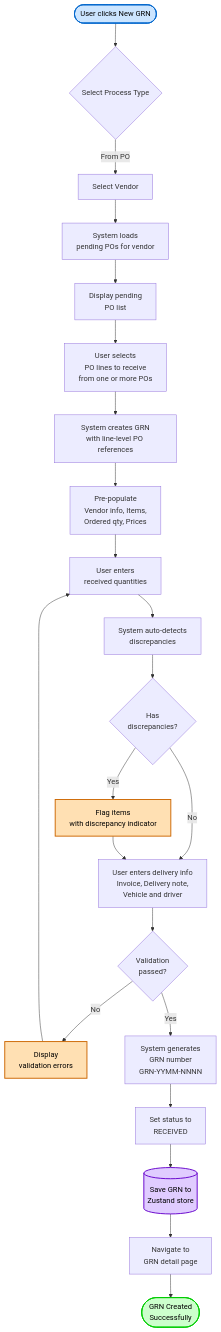
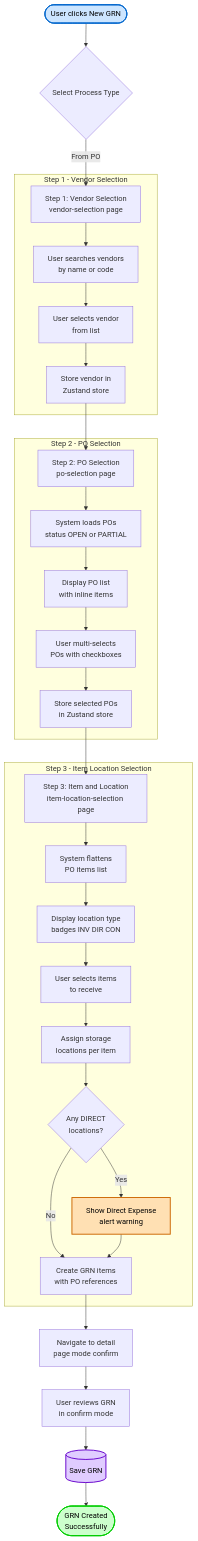
The first of 9 diagrams in docs/app/procurement/goods-received-notes/FD-goods-received-note.md (PeakMNA/carmen), drawn with Mermaid before and after one commit. The commit also changed other lines of this file and 473 other files, not shown here.

````diff
--- a/docs/app/procurement/goods-received-notes/FD-goods-received-note.md
+++ b/docs/app/procurement/goods-received-notes/FD-goods-received-note.md
@@ -60,38 +71,43 @@
 ```mermaid
 flowchart TD
     Start([User clicks New GRN]) --> Select{Select Process Type}
-    Select -->|From PO| VendorSelect[Select Vendor]
+    Select -->|From PO| Step1[Step 1: Vendor Selection<br>vendor-selection page]
 
-    VendorSelect --> LoadPOs[System loads<br>pending POs for vendor]
-    LoadPOs --> DisplayPOs[Display pending<br>PO list]
+    subgraph Step1Flow[Step 1 - Vendor Selection]
+        Step1 --> SearchVendor[User searches vendors<br>by name or code]
+        SearchVendor --> SelectVendor[User selects vendor<br>from list]
+        SelectVendor --> StoreVendor[Store vendor in<br>Zustand store]
+    end
 
-    DisplayPOs --> SelectPO[User selects<br>PO lines to receive<br>from one or more POs]
-    SelectPO --> CreateGRN[System creates GRN<br>with line-level PO references]
+    StoreVendor --> Step2[Step 2: PO Selection<br>po-selection page]
 
-    CreateGRN --> PrePopulate[Pre-populate<br>Vendor info, Items,<br>Ordered qty, Prices]
+    subgraph Step2Flow[Step 2 - PO Selection]
+        Step2 --> LoadPOs[System loads POs<br>status OPEN or PARTIAL]
+        LoadPOs --> DisplayPOs[Display PO list<br>with inline items]
+        DisplayPOs --> MultiSelect[User multi-selects<br>POs with checkboxes]
+        MultiSelect --> StorePOs[Store selected POs<br>in Zustand store]
+    end
 
-    PrePopulate --> EnterQty[User enters<br>received quantities]
-    EnterQty --> AutoDisc[System auto-detects<br>discrepancies]
+    StorePOs --> Step3[Step 3: Item and Location<br>item-location-selection page]
 
-    AutoDisc --> CheckDisc{Has<br>discrepancies?}
-    CheckDisc -->|Yes| FlagItems[Flag items<br>with discrepancy indicator]
-    CheckDisc -->|No| EnterDelivery
-    FlagItems --> EnterDelivery[User enters delivery info<br>Invoice, Delivery note,<br>Vehicle and driver]
+    subgraph Step3Flow[Step 3 - Item Location Selection]
+        Step3 --> FlattenItems[System flattens<br>PO items list]
+        FlattenItems --> ShowLocTypes[Display location type<br>badges INV DIR CON]
+        ShowLocTypes --> SelectItems[User selects items<br>to receive]
+        SelectItems --> SetLocations[Assign storage<br>locations per item]
+        SetLocations --> CheckDirect{Any DIRECT<br>locations?}
+        CheckDirect -->|Yes| ShowAlert[Show Direct Expense<br>alert warning]
+        CheckDirect -->|No| CreateItems
+        ShowAlert --> CreateItems[Create GRN items<br>with PO references]
+    end
 
-    EnterDelivery --> Validate{Validation<br>passed?}
-    Validate -->|No| ShowErrors[Display<br>validation errors]
-    ShowErrors --> EnterQty
-
-    Validate -->|Yes| GenNumber[System generates<br>GRN number<br>GRN-YYMM-NNNN]
-    GenNumber --> SetStatus[Set status to<br>RECEIVED]
-
-    SetStatus --> SaveGRN[(Save GRN to<br>Zustand store)]
-    SaveGRN --> NavDetail[Navigate to<br>GRN detail page]
-    NavDetail --> Success([GRN Created<br>Successfully])
+    CreateItems --> NavConfirm[Navigate to detail<br>page mode confirm]
+    NavConfirm --> ReviewGRN[User reviews GRN<br>in confirm mode]
+    ReviewGRN --> SaveGRN[(Save GRN)]
+    SaveGRN --> Success([GRN Created<br>Successfully])
 
     style Start fill:#cce5ff,stroke:#0066cc,stroke-width:2px,color:#000
     style Success fill:#ccffcc,stroke:#00cc00,stroke-width:2px,color:#000
-    style ShowErrors fill:#ffe0b3,stroke:#cc6600,stroke-width:2px,color:#000
-    style FlagItems fill:#ffe0b3,stroke:#cc6600,stroke-width:2px,color:#000
+    style ShowAlert fill:#ffe0b3,stroke:#cc6600,stroke-width:2px,color:#000
     style SaveGRN fill:#e0ccff,stroke:#6600cc,stroke-width:2px,color:#000
 ```
````
